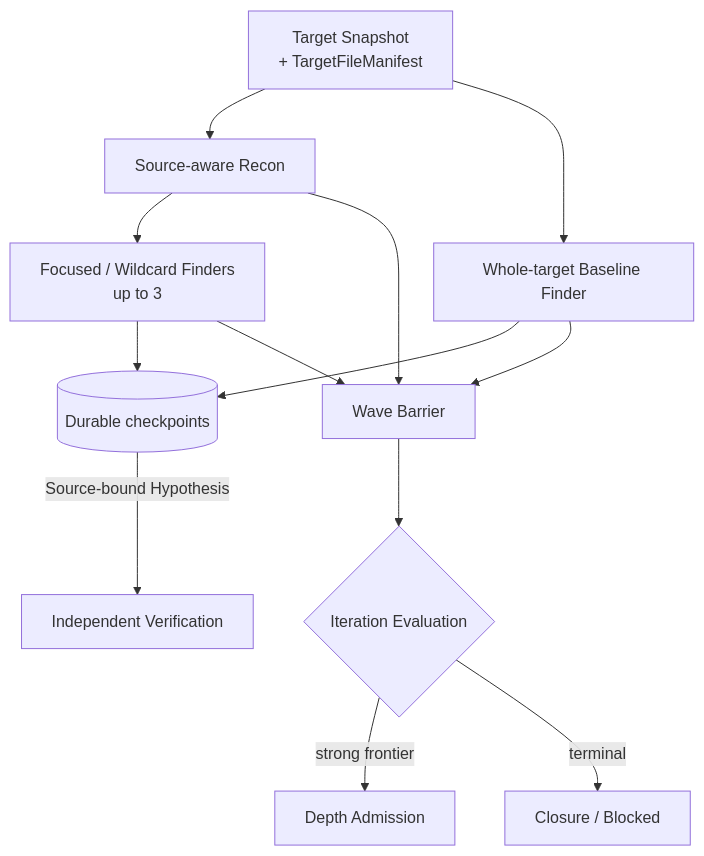
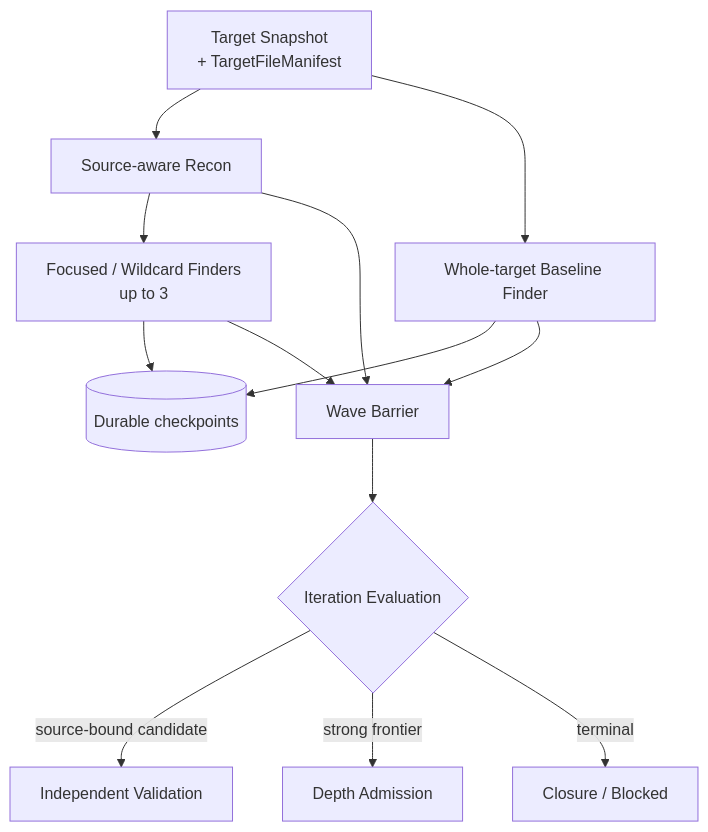
One commit to momoponwork1415-lgtm/wordpress-harness changed the first of 2 diagrams in docs/design/exploration-seam.md. Above: the diagram before and after it, drawn with Mermaid. The commit also changed other lines of this file and 25 other files, not shown here.

Commit message:
Define source validation and human verification

````diff
--- a/docs/design/exploration-seam.md
+++ b/docs/design/exploration-seam.md
@@ -112,15 +112,15 @@
 ```mermaid
 flowchart TB
     input["Target Snapshot<br/>+ TargetFileManifest"] --> recon["Source-aware Recon"]
     input --> baseline["Whole-target Baseline Finder"]
     recon --> focused["Focused / Wildcard Finders<br/>up to 3"]
     baseline --> checkpoints[("Durable checkpoints")]
     focused --> checkpoints
-    checkpoints -->|"Source-bound Hypothesis"| verify["Independent Verification"]
     recon --> barrier["Wave Barrier"]
     baseline --> barrier
     focused --> barrier
     barrier --> evaluation{"Iteration Evaluation"}
+    evaluation -->|"source-bound candidate"| validation["Independent Validation"]
     evaluation -->|"strong frontier"| admission["Depth Admission"]
     evaluation -->|"terminal"| stop["Closure / Blocked"]
 ```
````
